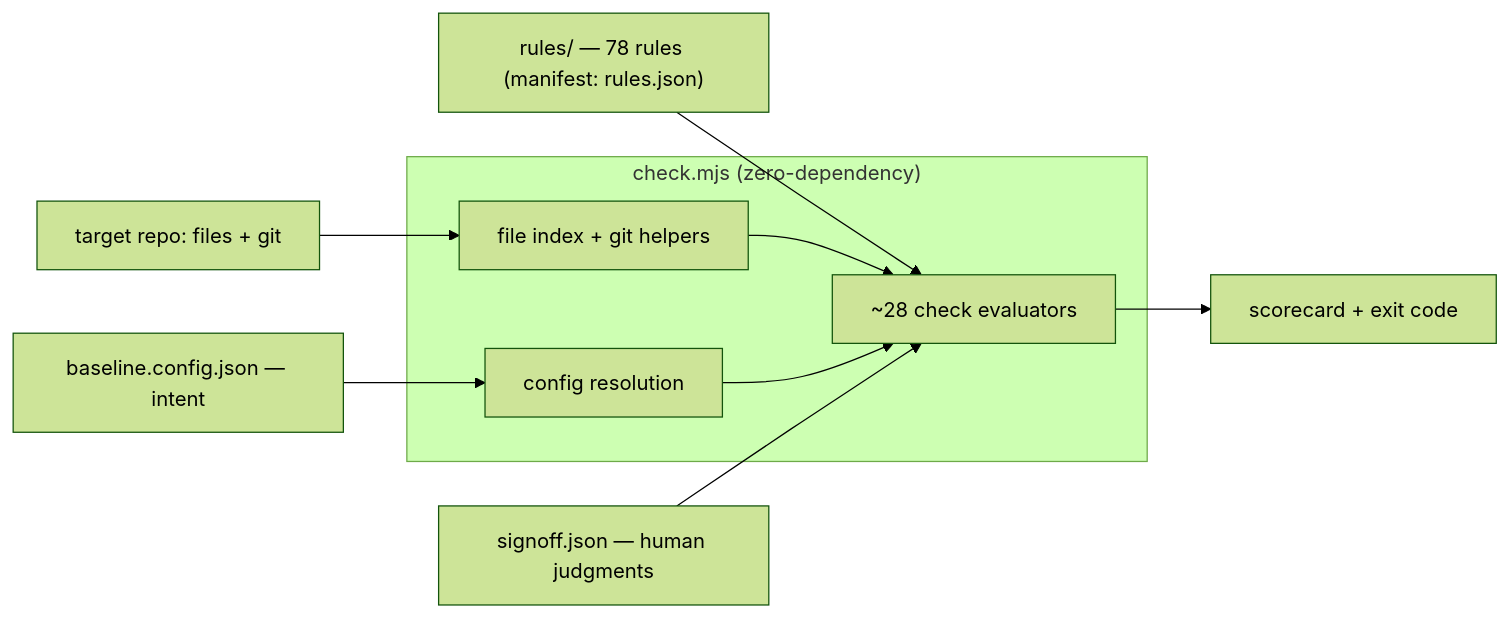
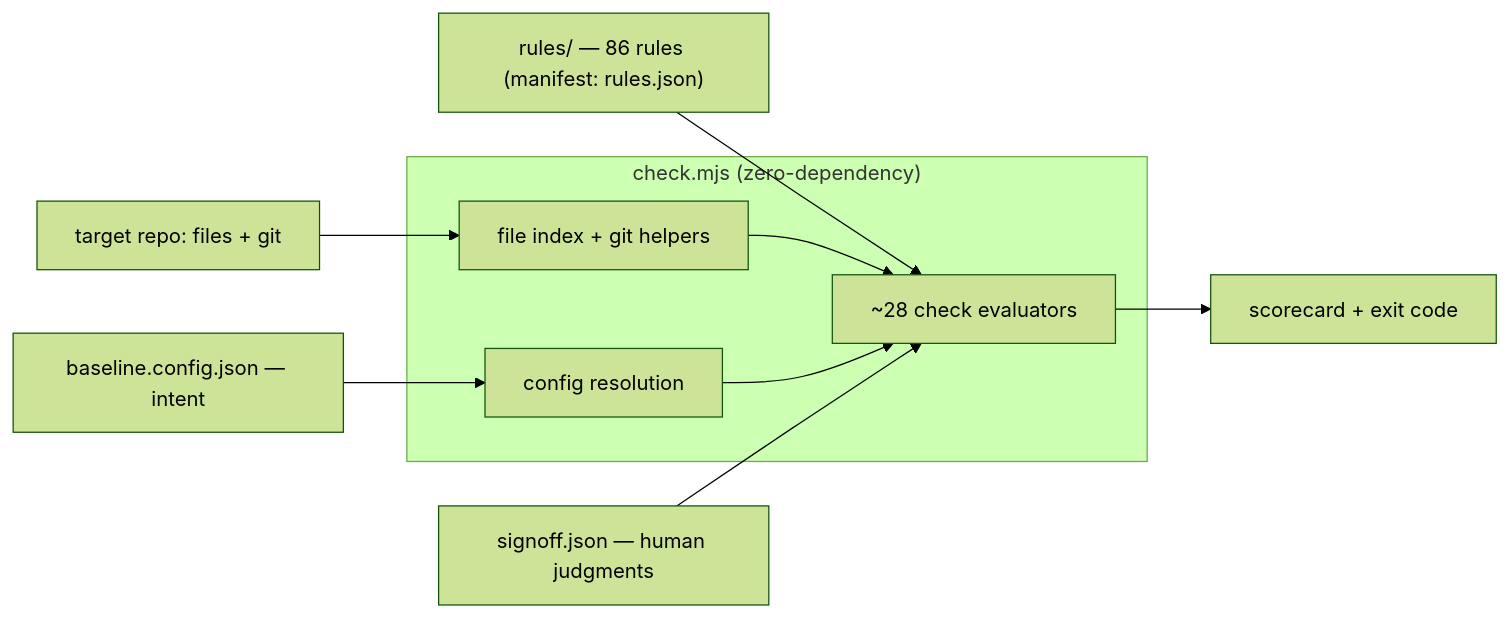
Before and after one commit to AdarGit008/baseline-skill: the first of 3 diagrams in REFERENCE.md, drawn with Mermaid (forest theme). The commit also changed other lines of this file and 32 other files, not shown here.

````diff
--- a/REFERENCE.md
+++ b/REFERENCE.md
@@ -58,12 +58,12 @@
 ```mermaid
 flowchart LR
   CFG["baseline.config.json — intent"] --> RES
-  RULES["rules/ — 78 rules (manifest: rules.json)"] --> EVAL
+  RULES["rules/ — 86 rules (manifest: rules.json)"] --> EVAL
   REPO["target repo: files + git"] --> IDX
   subgraph ENGINE["check.mjs (zero-dependency)"]
     IDX["file index + git helpers"] --> EVAL["~28 check evaluators"]
     RES["config resolution"] --> EVAL
   end
   SO["signoff.json — human judgments"] --> EVAL
   EVAL --> OUT["scorecard + exit code"]
 ```
````
